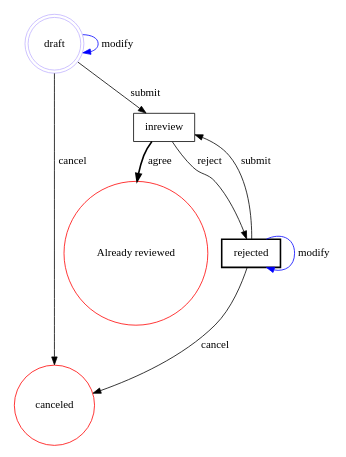
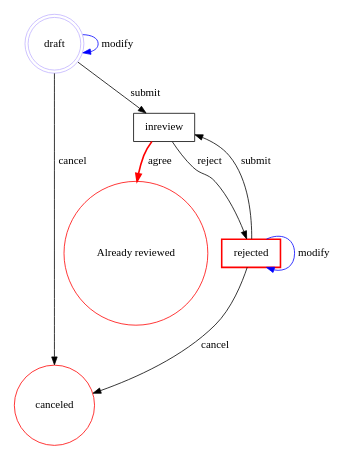
One commit to clszzyh/flexflow changed the diagram in README.md. Above: the diagram before and after it, drawn with Graphviz. The commit also changed 5 other files, not shown here.

````diff
--- a/README.md
+++ b/README.md
@@ -94,20 +94,20 @@
 ```dot
 // custom_mark10
 digraph review {
   size ="4,4";
   draft [label="draft",shape=doublecircle,color=".7 .3 1.0"];
   Already_reviewed [label="Already reviewed",shape=circle,color=red];
   canceled [label="canceled",shape=circle,color=red];
   inreview [label="inreview",shape=box];
-  rejected [label="rejected",shape=box,style=bold];
+  rejected [label="rejected",style=bold,color=red,shape=box];
   draft -> inreview [label="submit"];
   draft -> draft [label="modify",color=blue];
   draft -> canceled [label="cancel"];
   rejected -> inreview [label="submit"];
   rejected -> rejected [label="modify",color=blue];
   rejected -> canceled [label="cancel"];
   inreview -> rejected [label="reject"];
-  inreview -> Already_reviewed [label="agree",style=bold];
+  inreview -> Already_reviewed [label="agree",style=bold,color=red];
 }
 // custom_mark10
 ```
````
